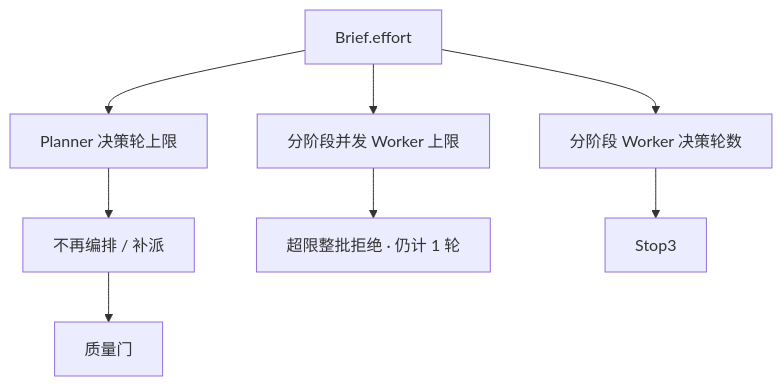
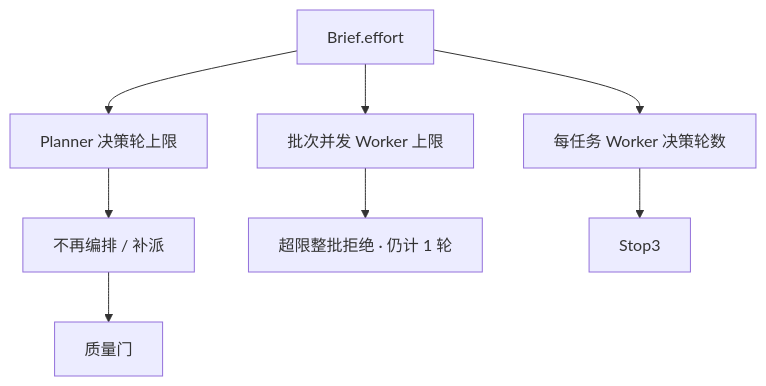
The fifth of 5 diagrams in docs/design.md (ecaps7/Prospector), drawn with Mermaid before and after one commit. The commit also changed other lines of this file and 4 other files, not shown here.

Commit message:
docs: sync design and roadmap with the stage-free plan and report review

````diff
--- a/docs/design.md
+++ b/docs/design.md
@@ -883,10 +878,10 @@
 ```mermaid
 flowchart TD
     E[Brief.effort] --> R[Planner 决策轮上限]
-    E --> C[分阶段并发 Worker 上限]
-    E --> WR[分阶段 Worker 决策轮数]
+    E --> C[批次并发 Worker 上限]
+    E --> WR[每任务 Worker 决策轮数]
     R --> Stop1[不再编排 / 补派]
     C --> Stop2[超限整批拒绝 · 仍计 1 轮]
     WR --> Stop3
     Stop1 --> G[质量门]
 ```
````
